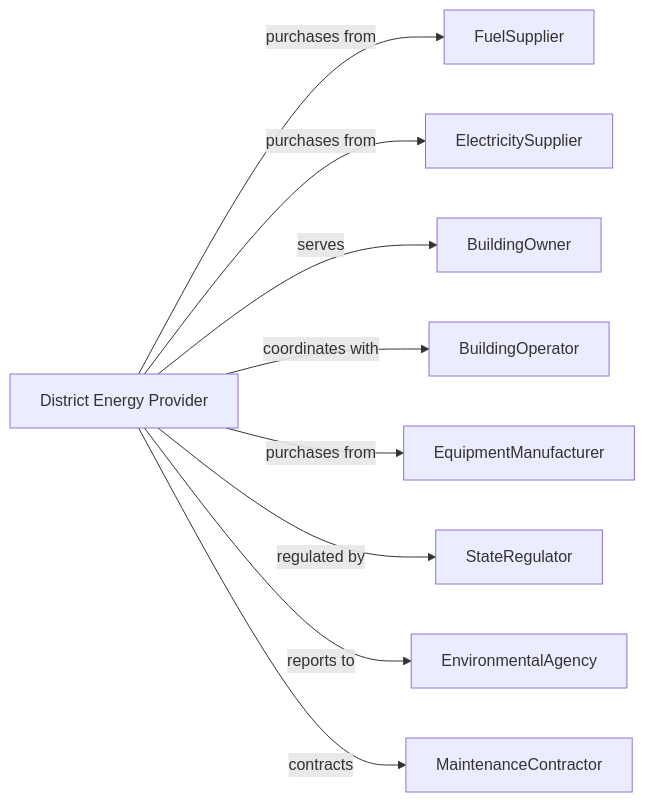
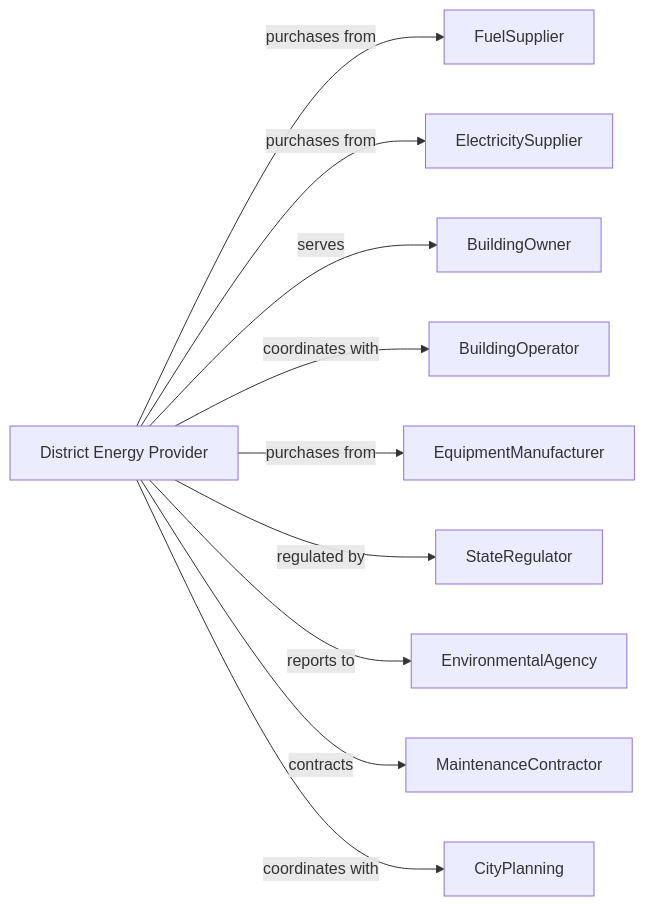
The second of 2 diagrams in Utilities/Utilities/WaterSewageAndOtherSystems/SteamAndAirConditioningSupply.mdx (dot-org-ai/industries.org.ai), drawn with Mermaid before and after one commit. The commit also changed 588 other files, not shown here.

````diff
--- a/Utilities/Utilities/WaterSewageAndOtherSystems/SteamAndAirConditioningSupply.mdx
+++ b/Utilities/Utilities/WaterSewageAndOtherSystems/SteamAndAirConditioningSupply.mdx
@@ -139,13 +139,14 @@
 ```mermaid
 graph LR
     D[District Energy Provider]
 
     D -->|purchases from| FuelSupplier
     D -->|purchases from| ElectricitySupplier
     D -->|serves| BuildingOwner
     D -->|coordinates with| BuildingOperator
     D -->|purchases from| EquipmentManufacturer
     D -->|regulated by| StateRegulator
     D -->|reports to| EnvironmentalAgency
     D -->|contracts| MaintenanceContractor
+    D -->|coordinates with| CityPlanning
 ```
````
